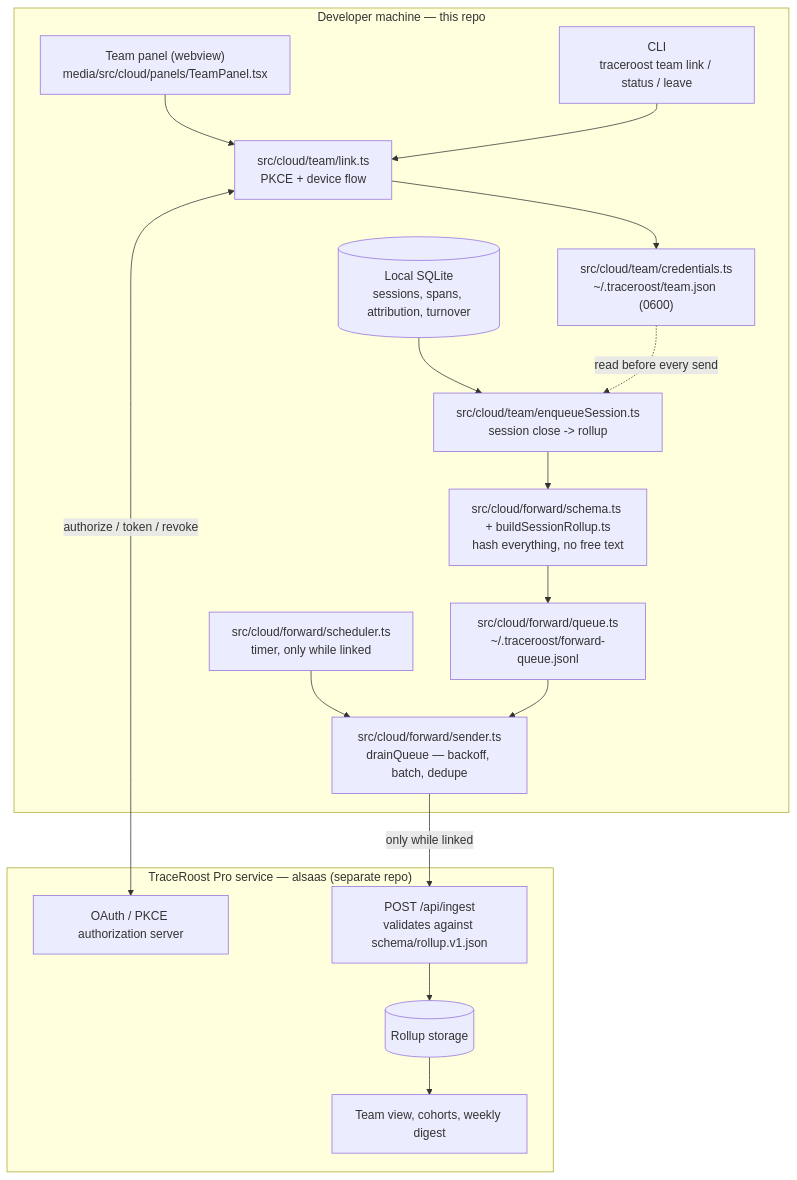
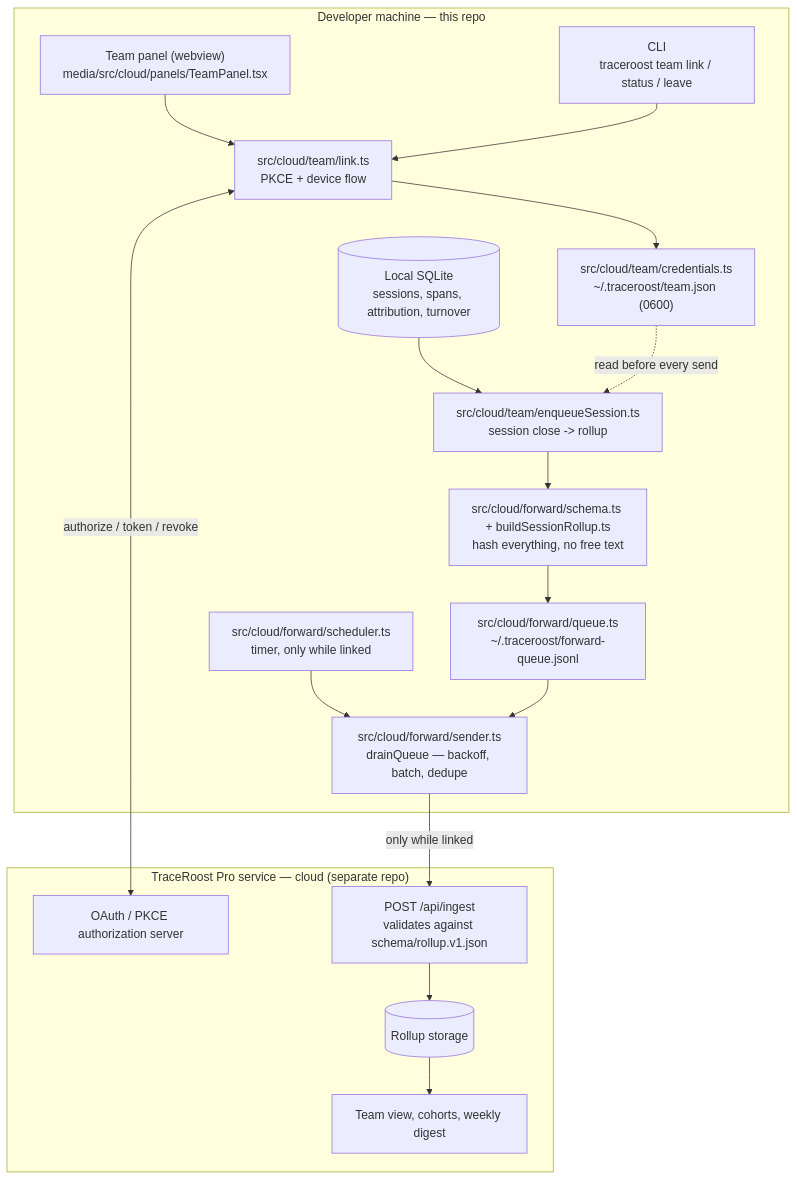
One commit to traceroost/core changed the first of 2 diagrams in CLOUD_ARCHITECTURE.md. Above: the diagram before and after it, drawn with Mermaid. The commit also changed other lines of this file and 15 other files, not shown here.

````diff
--- a/CLOUD_ARCHITECTURE.md
+++ b/CLOUD_ARCHITECTURE.md
@@ -36,34 +34,34 @@
 ```mermaid
 graph TB
     subgraph Machine["Developer machine — this repo"]
         PANEL["Team panel (webview)<br/>media/src/cloud/panels/TeamPanel.tsx"]
         CLI["CLI<br/>traceroost team link / status / leave"]
         LINK["src/cloud/team/link.ts<br/>PKCE + device flow"]
         CRED["src/cloud/team/credentials.ts<br/>~/.traceroost/team.json (0600)"]
         ENQ["src/cloud/team/enqueueSession.ts<br/>session close -> rollup"]
         SCHEMA["src/cloud/forward/schema.ts + buildSessionRollup.ts<br/>hash everything, no free text"]
         QUEUE["src/cloud/forward/queue.ts<br/>~/.traceroost/forward-queue.jsonl"]
         SCHED["src/cloud/forward/scheduler.ts<br/>timer, only while linked"]
         SEND["src/cloud/forward/sender.ts<br/>drainQueue — backoff, batch, dedupe"]
         LOCAL[("Local SQLite<br/>sessions, spans, attribution, turnover")]
     end
 
-    subgraph Service["TraceRoost Pro service — alsaas (separate repo)"]
+    subgraph Service["TraceRoost Pro service — cloud (separate repo)"]
         OAUTH["OAuth / PKCE authorization server"]
         INGEST["POST /api/ingest<br/>validates against schema/rollup.v1.json"]
         STORE[("Rollup storage")]
         VIEWS["Team view, cohorts, weekly digest"]
     end
 
     PANEL --> LINK
     CLI --> LINK
     LINK <-->|"authorize / token / revoke"| OAUTH
     LINK --> CRED
     LOCAL --> ENQ
     CRED -.->|"read before every send"| ENQ
     ENQ --> SCHEMA --> QUEUE
     SCHED --> SEND
     QUEUE --> SEND
     SEND -->|"only while linked"| INGEST
     INGEST --> STORE --> VIEWS
 ```
````
